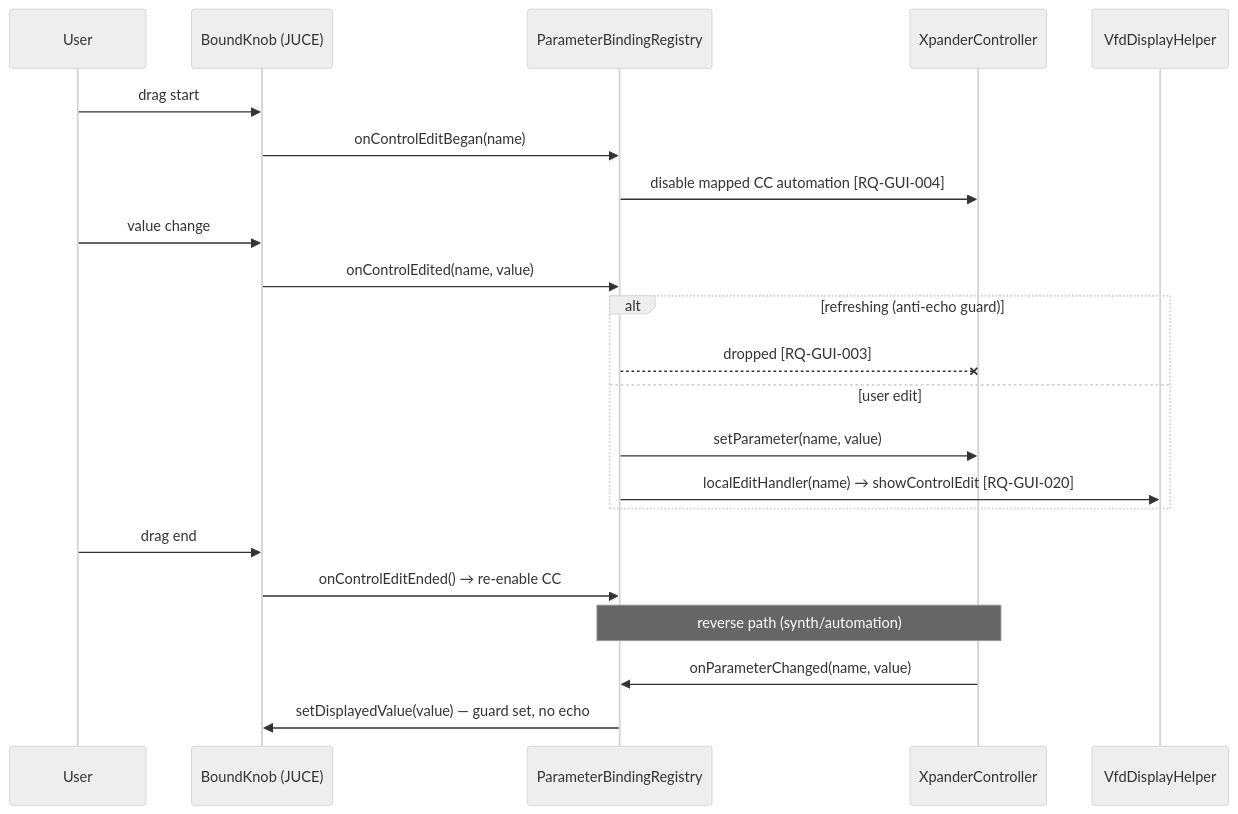
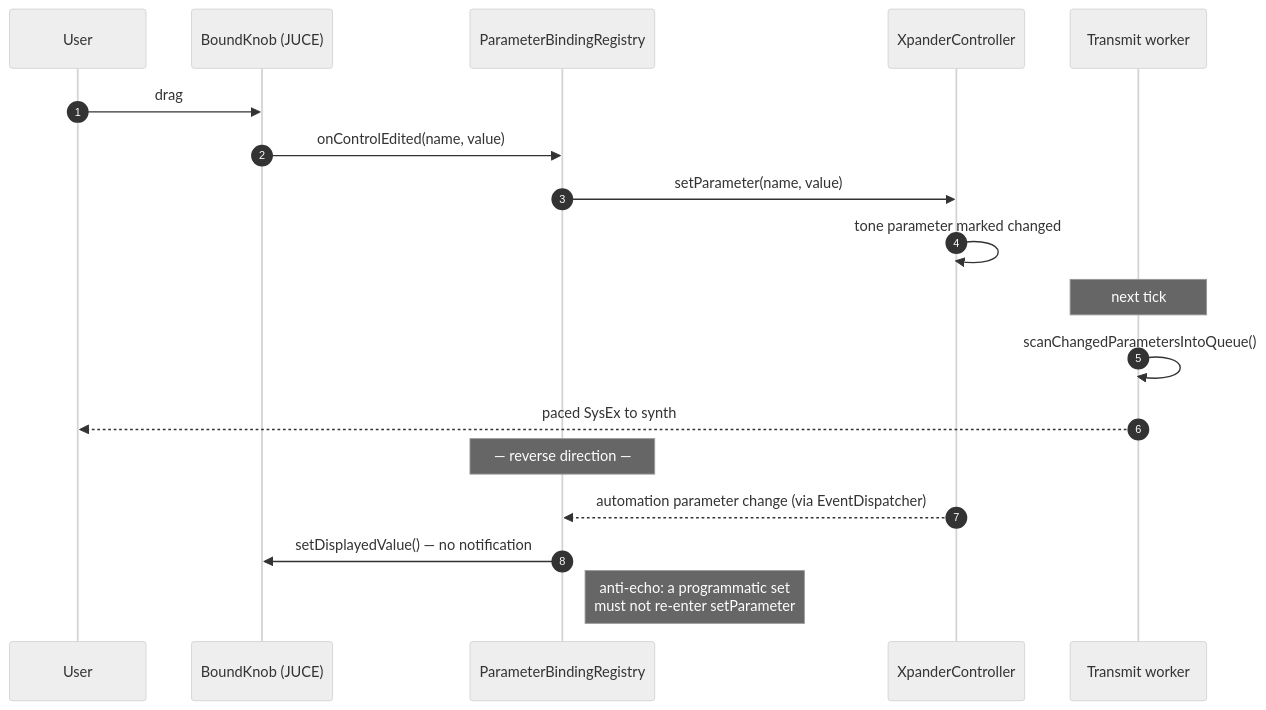
Before and after one commit to xplorer2716/XplorerEditor: diagram 11 of 18 in docs/architecture-analysis.md, drawn with Mermaid (neutral theme). The commit also changed other lines of this file, not shown here.

First line of the commit message:
Rewrite the architecture document as a standalone reference for the JUCE implementation

````diff
--- a/docs/architecture-analysis.md
+++ b/docs/architecture-analysis.md
@@ -326,26 +590,22 @@
 ```mermaid
 sequenceDiagram
+    autonumber
     participant U as User
-    participant BC as BoundKnob (JUCE)
-    participant Reg as ParameterBindingRegistry
-    participant Ctrl as XpanderController
-    participant VFD as VfdDisplayHelper
+    participant K as BoundKnob (JUCE)
+    participant R as ParameterBindingRegistry
+    participant C as XpanderController
+    participant W as Transmit worker
 
-    U->>BC: drag start
-    BC->>Reg: onControlEditBegan(name)
-    Reg->>Ctrl: disable mapped CC automation [RQ-GUI-004]
-    U->>BC: value change
-    BC->>Reg: onControlEdited(name, value)
-    alt refreshing (anti-echo guard)
-        Reg--xCtrl: dropped [RQ-GUI-003]
-    else user edit
-        Reg->>Ctrl: setParameter(name, value)
-        Reg->>VFD: localEditHandler(name) → showControlEdit [RQ-GUI-020]
-    end
-    U->>BC: drag end
-    BC->>Reg: onControlEditEnded() → re-enable CC
+    U->>K: drag
+    K->>R: onControlEdited(name, value)
+    R->>C: setParameter(name, value)
+    C->>C: tone parameter marked changed
+    Note over W: next tick
+    W->>W: scanChangedParametersIntoQueue()
+    W-->>U: paced SysEx to synth
 
-    Note over Ctrl,Reg: reverse path (synth/automation)
-    Ctrl->>Reg: onParameterChanged(name, value)
-    Reg->>BC: setDisplayedValue(value)  — guard set, no echo
+    Note over R: — reverse direction —
+    C-->>R: automation parameter change (via EventDispatcher)
+    R->>K: setDisplayedValue() — no notification
+    Note right of R: anti-echo: a programmatic set<br/>must not re-enter setParameter
 ```
````
